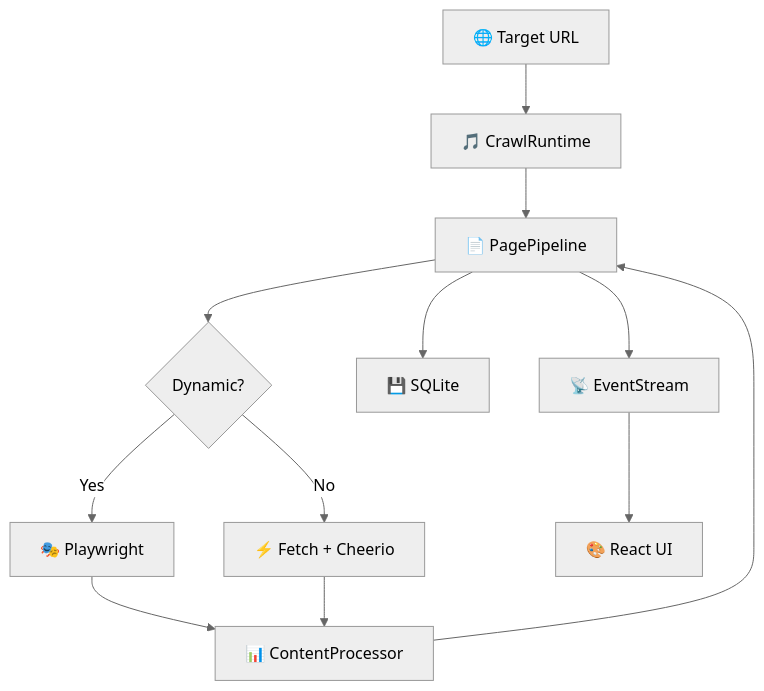
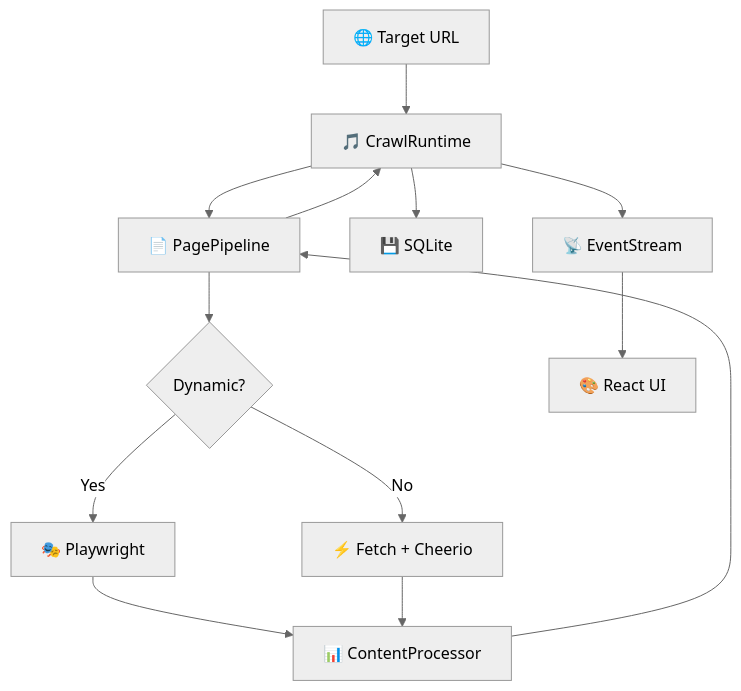
One commit to renbkna/mikumikucrawler changed the diagram in README.md. Above: the diagram before and after it, drawn with Mermaid (neutral theme). The commit also changed other lines of this file and 180 other files, not shown here.

````diff
--- a/README.md
+++ b/README.md
@@ -304,14 +315,15 @@
 ```mermaid
 graph TD
     A[🌐 Target URL] --> B[🎵 CrawlRuntime]
     B --> C[📄 PagePipeline]
     C --> D{Dynamic?}
     D -->|Yes| E[🎭 Playwright]
     D -->|No| F[⚡ Fetch + Cheerio]
     E --> G[📊 ContentProcessor]
     F --> G
     G --> C
-    C --> H[💾 SQLite]
-    C --> I[📡 EventStream]
+    C --> B
+    B --> H[💾 SQLite]
+    B --> I[📡 EventStream]
     I --> J[🎨 React UI]
 ```
````
